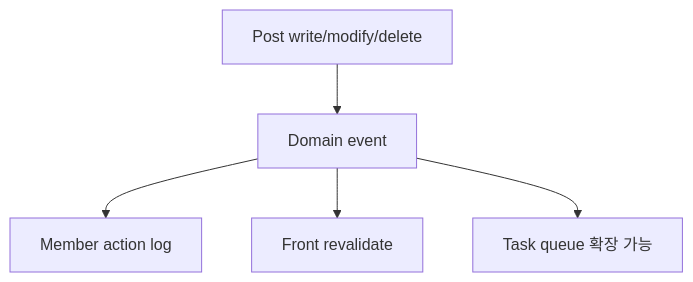
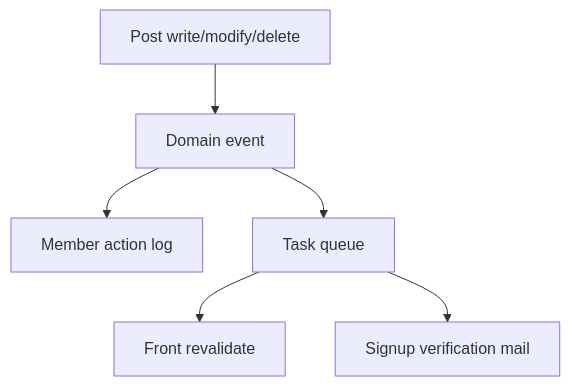
The second of 2 diagrams in docs/design/Domain-Design.md (AquilaXk/aquila-blog), drawn with Mermaid before and after one commit. The commit also changed other lines of this file and 38 other files, not shown here.

Commit message:
feat(app): streamline backend flows and polish ui

````diff
--- a/docs/design/Domain-Design.md
+++ b/docs/design/Domain-Design.md
@@ -100,7 +106,8 @@
 ```mermaid
 flowchart TD
     Write["Post write/modify/delete"] --> Event["Domain event"]
     Event --> Log["Member action log"]
-    Event --> Revalidate["Front revalidate"]
-    Event --> Task["Task queue 확장 가능"]
+    Event --> Task["Task queue"]
+    Task --> Revalidate["Front revalidate"]
+    Task --> Mail["Signup verification mail"]
 ```
````
